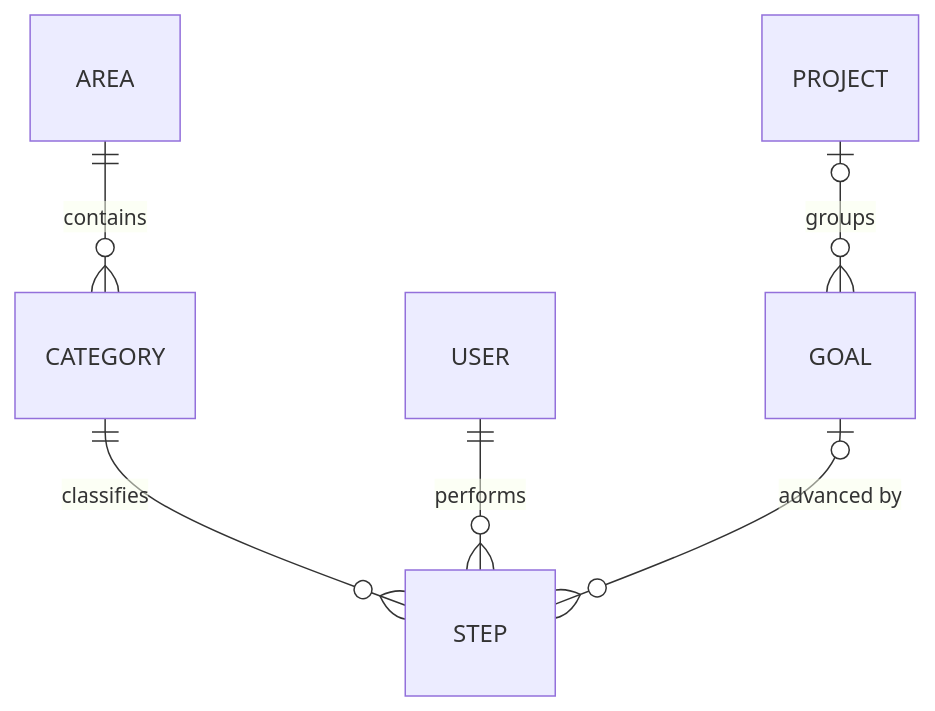
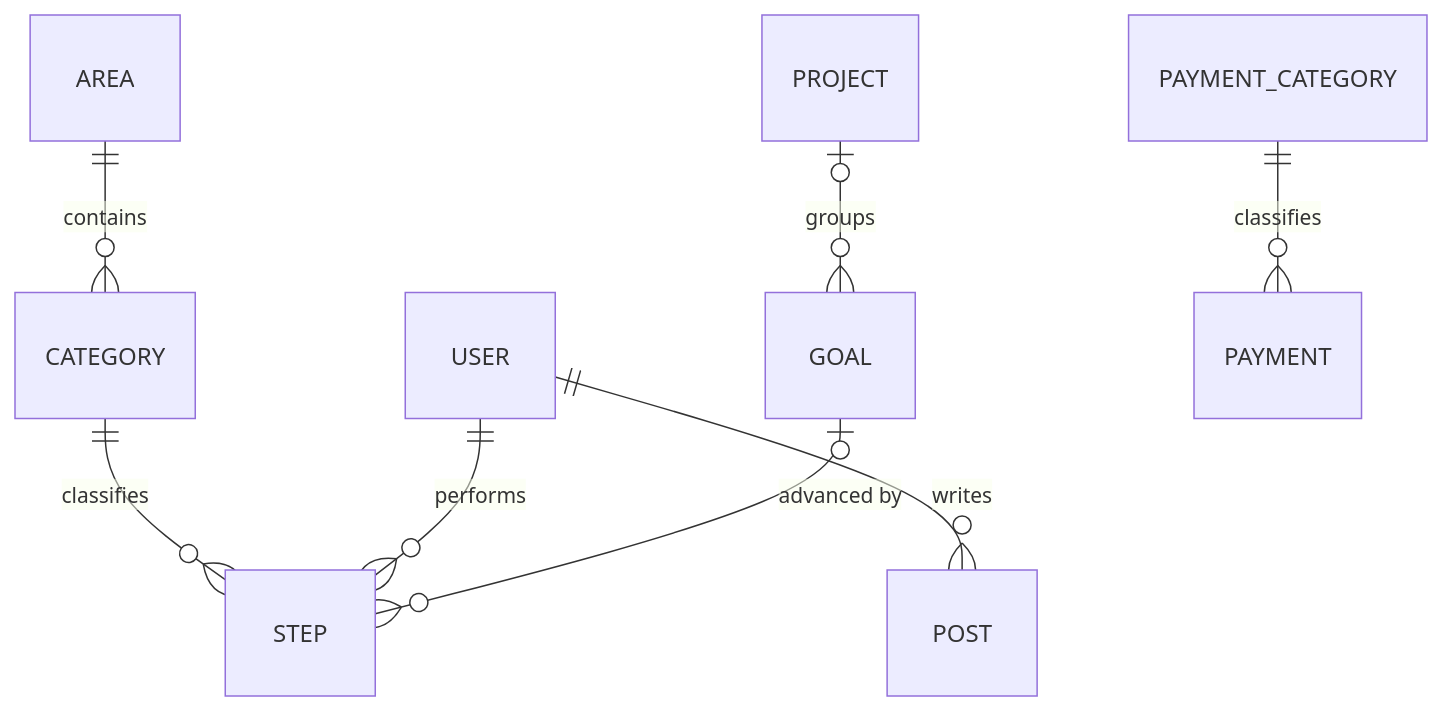
One commit to dmtkomkov/StoneGolem changed the fourth of 6 diagrams in Claude.md. Above: the diagram before and after it, drawn with Mermaid. The commit also changed other lines of this file and 60 other files, not shown here.

````diff
--- a/Claude.md
+++ b/Claude.md
@@ -213,8 +249,10 @@
 ```mermaid
 erDiagram
     AREA ||--o{ CATEGORY : contains
     CATEGORY ||--o{ STEP : classifies
     USER ||--o{ STEP : performs
     PROJECT |o--o{ GOAL : groups
     GOAL |o--o{ STEP : "advanced by"
+    PAYMENT_CATEGORY ||--o{ PAYMENT : classifies
+    USER ||--o{ POST : writes
 ```
````
